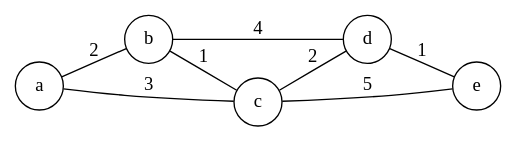
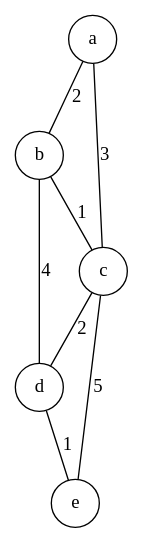
Before and after one commit to rodrgds/resumos: the diagram in src/content/da/mst.dot, drawn with Graphviz. The commit also changed 3 other files, not shown here.

Commit message:
Keep DA graph labels readable on narrow pages

```diff
--- a/src/content/da/mst.dot
+++ b/src/content/da/mst.dot
@@ -1,1 +1,1 @@
-graph G { rankdir=LR; node [shape=circle]; a--b [label="2"]; a--c [label="3"]; b--c [label="1"]; b--d [label="4"]; c--d [label="2"]; c--e [label="5"]; d--e [label="1"]; }
+graph G { rankdir=TB; node [shape=circle]; a--b [label="2"]; a--c [label="3"]; b--c [label="1"]; b--d [label="4"]; c--d [label="2"]; c--e [label="5"]; d--e [label="1"]; }
```
